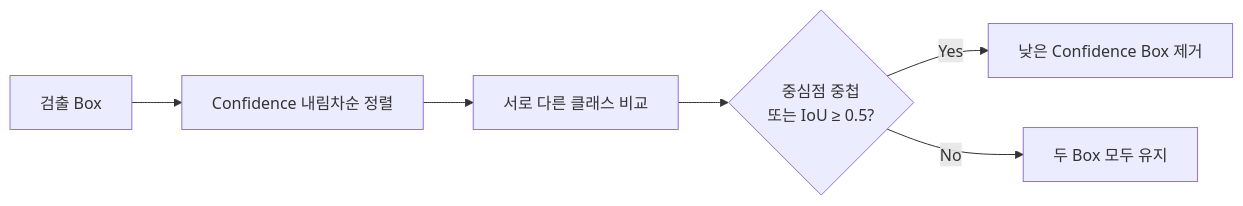
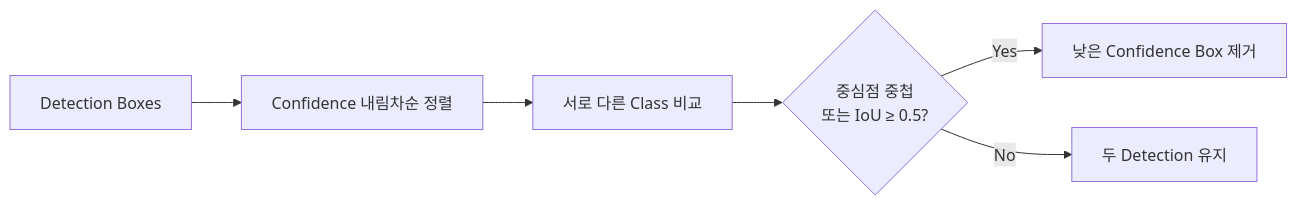
Before and after one commit to chieftain4202/RTL-Verification-Projects: the seventh of 8 diagrams in 08-yolo-vehicle-detection/README.md, drawn with Mermaid. The commit also changed other lines of this file, not shown here.

````diff
--- a/08-yolo-vehicle-detection/README.md
+++ b/08-yolo-vehicle-detection/README.md
@@ -176,8 +243,8 @@
 ```mermaid
 flowchart LR
-    BOXES["검출 Box"] --> SORT["Confidence 내림차순 정렬"]
-    SORT --> CLASS["서로 다른 클래스 비교"]
-    CLASS --> OVERLAP{"중심점 중첩<br/>또는 IoU ≥ 0.5?"}
+    BOXES["Detection Boxes"] --> SORT["Confidence 내림차순 정렬"]
+    SORT --> CHECK["서로 다른 Class 비교"]
+    CHECK --> OVERLAP{"중심점 중첩<br/>또는 IoU ≥ 0.5?"}
     OVERLAP -->|Yes| DROP["낮은 Confidence Box 제거"]
-    OVERLAP -->|No| KEEP["두 Box 모두 유지"]
+    OVERLAP -->|No| KEEP["두 Detection 유지"]
 ```
````
